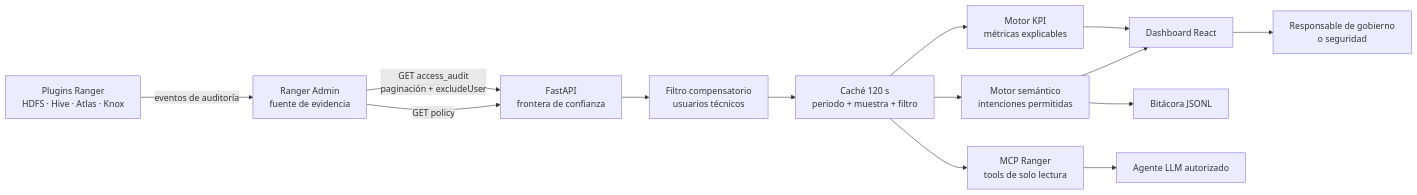
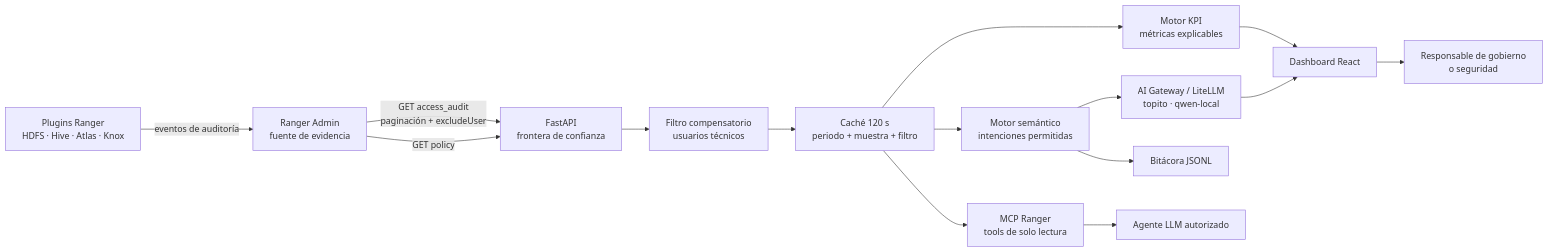
The first of 2 diagrams in README.md (smerchanmole/amp-ranger-dashboard), drawn with Mermaid before and after one commit. The commit also changed other lines of this file and 17 other files, not shown here.

````diff
--- a/README.md
+++ b/README.md
@@ -21,16 +23,17 @@
 ```mermaid
 flowchart LR
     P["Plugins Ranger<br/>HDFS · Hive · Atlas · Knox"] -->|"eventos de auditoría"| R["Ranger Admin<br/>fuente de evidencia"]
     R -->|"GET access_audit<br/>paginación + excludeUser"| A["FastAPI<br/>frontera de confianza"]
     R -->|"GET policy"| A
     A --> F["Filtro compensatorio<br/>usuarios técnicos"]
     F --> C["Caché 120 s<br/>periodo + muestra + filtro"]
     C --> K["Motor KPI<br/>métricas explicables"]
     C --> N["Motor semántico<br/>intenciones permitidas"]
+    N --> G["AI Gateway / LiteLLM<br/>topito · qwen-local"]
     C --> M["MCP Ranger<br/>tools de solo lectura"]
     K --> W["Dashboard React"]
-    N --> W
+    G --> W
     W --> U["Responsable de gobierno<br/>o seguridad"]
     N --> L["Bitácora JSONL"]
     M --> X["Agente LLM autorizado"]
 ```
````
